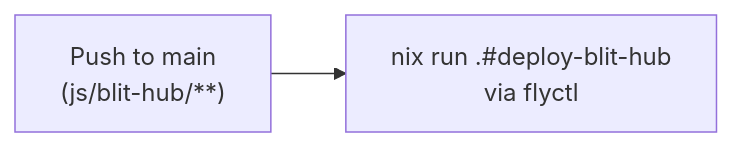
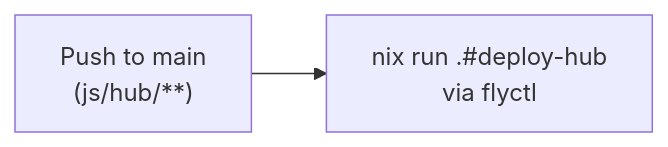
The fourth of 7 diagrams in SERVICES.md (indent-com/blit), drawn with Mermaid before and after one commit. The commit also changed other lines of this file and 154 other files, not shown here.

````diff
--- a/SERVICES.md
+++ b/SERVICES.md
@@ -271,4 +271,4 @@
 ```mermaid
 flowchart LR
-    PUSH["Push to main<br>(js/blit-hub/**)"] --> DEPLOY["nix run .#deploy-blit-hub<br>via flyctl"]
+    PUSH["Push to main<br>(js/hub/**)"] --> DEPLOY["nix run .#deploy-hub<br>via flyctl"]
 ```
````
